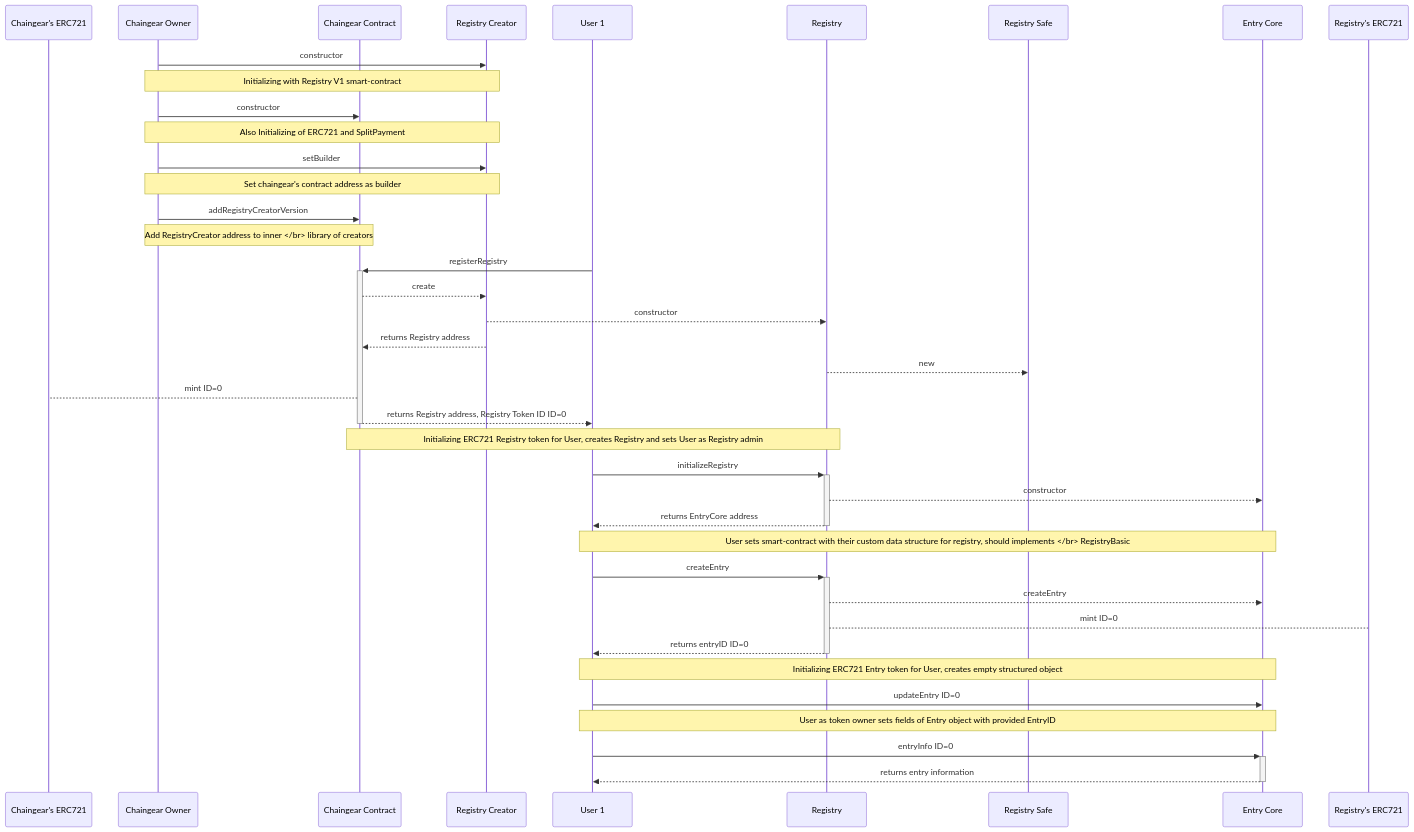
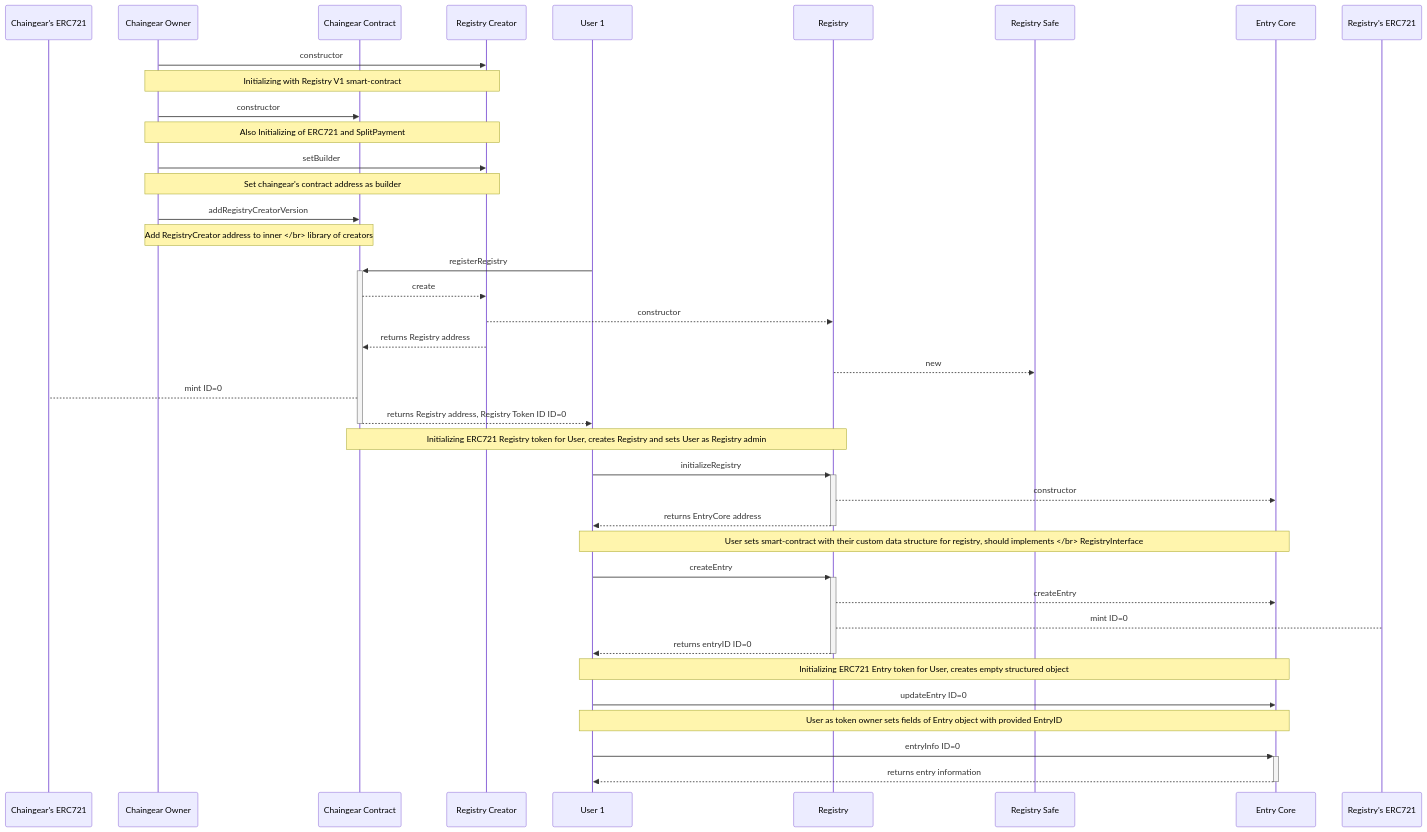
One commit to cybercongress/chaingear changed the diagram in docs/mermaid/origin/pipelines-general_pipeline.mmd. Above: the diagram before and after it, drawn with Mermaid. The commit also changed 52 other files, not shown here.

```diff
--- a/docs/mermaid/origin/pipelines-general_pipeline.mmd
+++ b/docs/mermaid/origin/pipelines-general_pipeline.mmd
@@ -1,48 +1,48 @@
 sequenceDiagram
     participant C721 as Chaingear's ERC721
     participant O as Chaingear Owner
     participant CC as Chaingear Contract
     participant RC as Registry Creator
     participant U1 as User 1
     participant R as Registry
     participant S as Registry Safe
     participant EC as Entry Core
     participant R721 as Registry's ERC721 
     
     O->>RC: constructor
     Note over O, RC: Initializing with Registry V1 smart-contract
     
     O->>CC: constructor
     Note over O, RC: Also Initializing of ERC721 and SplitPayment
     
     O->>RC: setBuilder
     Note over O, RC: Set chaingear's contract address as builder
     
     O->>CC: addRegistryCreatorVersion
     Note over O, CC: Add RegistryCreator address to inner </br> library of creators
     
     U1->>+CC: registerRegistry
     CC-->>RC: create
     RC-->>R: constructor
     RC-->>CC: returns Registry address
     R-->>S: new
     CC-->C721: mint ID=0
     CC-->>-U1: returns Registry address, Registry Token ID ID=0
     Note over R, CC: Initializing ERC721 Registry token for User, creates Registry and sets User as Registry admin
     
     U1->>+R: initializeRegistry
     R-->>EC: constructor
     R-->>-U1: returns EntryCore address
-    Note over U1, EC: User sets smart-contract with their custom data structure for registry, should implements </br> RegistryBasic
+    Note over U1, EC: User sets smart-contract with their custom data structure for registry, should implements </br> RegistryInterface
     
     U1->>+R: createEntry
     R-->>EC: createEntry
     R-->R721: mint ID=0
     R-->>-U1: returns entryID ID=0
     Note over U1, EC: Initializing ERC721 Entry token for User, creates empty structured object 
     
     U1->>EC: updateEntry ID=0
     Note over U1, EC: User as token owner sets fields of Entry object with provided EntryID
     
     U1->>+EC: entryInfo ID=0
     EC-->>-U1: returns entry information
```
